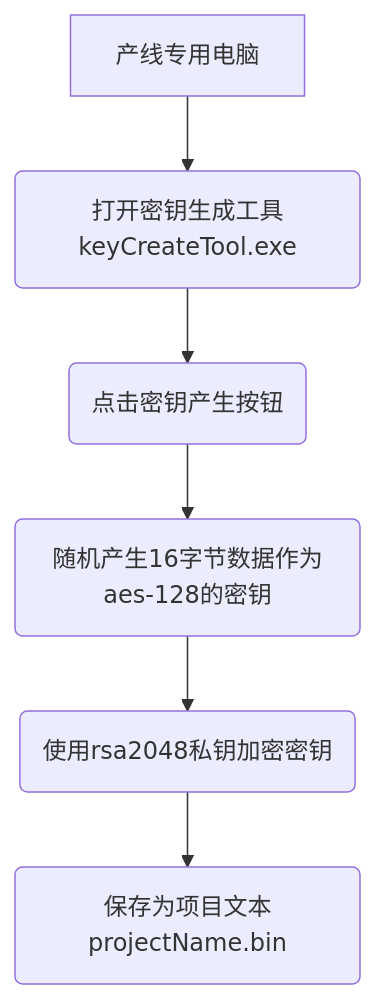
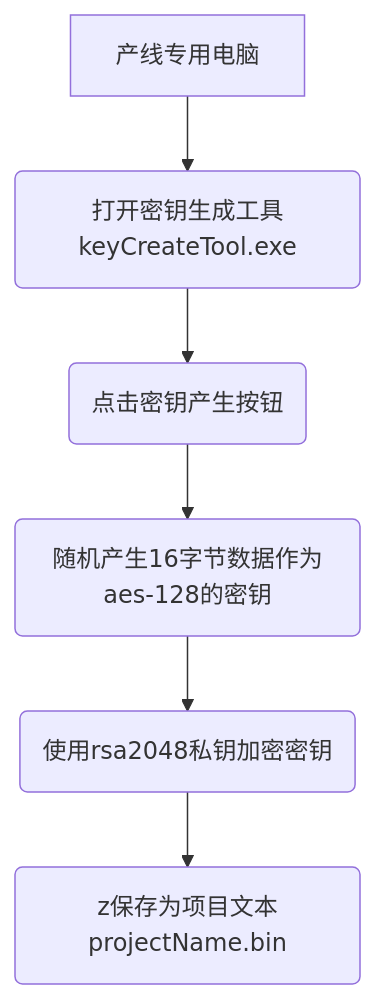
One commit to facebook-cloud/iodraw-files changed the diagram in all/未命名-3.md. Above: the diagram before and after it, drawn with Mermaid.

Commit message:
2026-01-05 14:32:47 update

````diff
--- a/all/未命名-3.md
+++ b/all/未命名-3.md
@@ -1,9 +1,9 @@
 ```mermaid
 graph TD
     A[产线专用电脑] --> B(打开密钥生成工具keyCreateTool.exe)
     B --> C(点击密钥产生按钮)
     C --> D(随机产生16字节数据作为aes-128的密钥)
     D --> E(使用rsa2048私钥加密密钥)
-    E --> F(保存为项目文本projectName.bin)
+    E --> F(z保存为项目文本projectName.bin)
 
 ```
````
